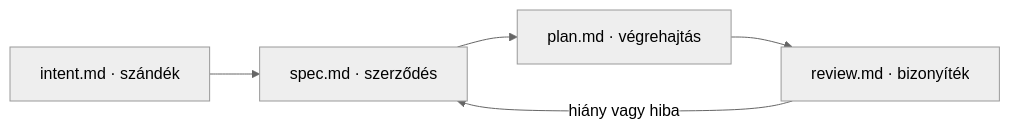
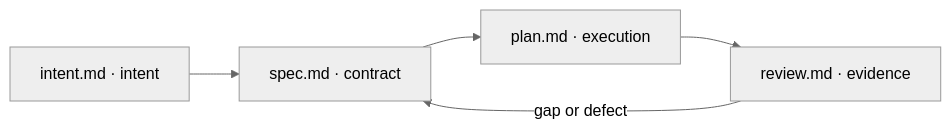
One commit to hgahub/duumbi-flow changed the diagram in README.md. Above: the diagram before and after it, drawn with Mermaid (neutral theme). The commit also changed other lines of this file and 34 other files, not shown here.

````diff
--- a/README.md
+++ b/README.md
@@ -27,7 +29,7 @@
 ```mermaid
 flowchart LR
-    I["intent.md · szándék"] --> S["spec.md · szerződés"]
-    S --> P["plan.md · végrehajtás"]
-    P --> R["review.md · bizonyíték"]
-    R -->|hiány vagy hiba| S
+    I["intent.md · intent"] --> S["spec.md · contract"]
+    S --> P["plan.md · execution"]
+    P --> R["review.md · evidence"]
+    R -->|gap or defect| S
 ```
````
